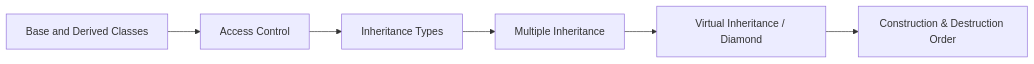
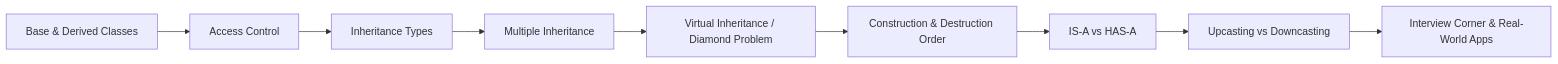
One commit to Raushan666java/ai-engineering-journey changed the diagram in docs/courses/oop-cpp/04-inheritance.md. Above: the diagram before and after it, drawn with Mermaid. The commit also changed other lines of this file and 15 other files, not shown here.

````diff
--- a/docs/courses/oop-cpp/04-inheritance.md
+++ b/docs/courses/oop-cpp/04-inheritance.md
@@ -28,8 +34,11 @@
 ```mermaid
 flowchart LR
-    A[Base and Derived Classes] --> B[Access Control]
+    A[Base & Derived Classes] --> B[Access Control]
     B --> C[Inheritance Types]
     C --> D[Multiple Inheritance]
-    D --> E[Virtual Inheritance / Diamond]
+    D --> E[Virtual Inheritance / Diamond Problem]
     E --> F[Construction & Destruction Order]
+    F --> G[IS-A vs HAS-A]
+    G --> H[Upcasting vs Downcasting]
+    H --> I[Interview Corner & Real-World Apps]
 ```
````
